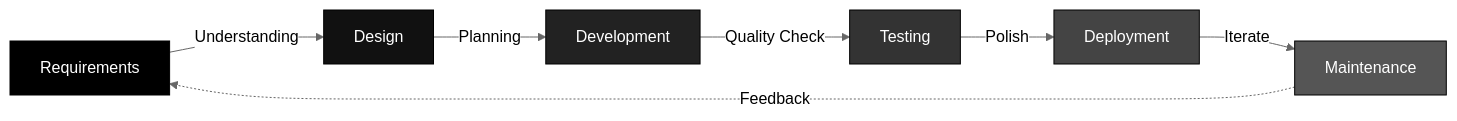
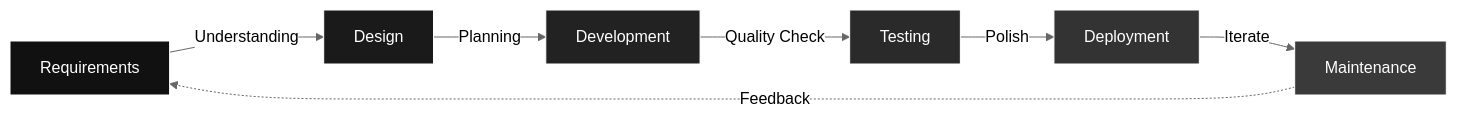
One commit to Thedarik/Thedarik changed the diagram in README.md. Above: the diagram before and after it, drawn with Mermaid (neutral theme). The commit also changed other lines of this file and 4 other files, not shown here.

````diff
--- a/README.md
+++ b/README.md
@@ -253,16 +274,16 @@
 ```mermaid
 graph LR
     A[Requirements] -->|Understanding| B[Design]
     B -->|Planning| C[Development]
     C -->|Quality Check| D[Testing]
     D -->|Polish| E[Deployment]
     E -->|Iterate| F[Maintenance]
     F -.->|Feedback| A
 
-    style A fill:#000000,stroke:#000000,color:#FFFFFF
-    style B fill:#111111,stroke:#000000,color:#FFFFFF
-    style C fill:#222222,stroke:#000000,color:#FFFFFF
-    style D fill:#333333,stroke:#000000,color:#FFFFFF
-    style E fill:#444444,stroke:#000000,color:#FFFFFF
-    style F fill:#555555,stroke:#000000,color:#FFFFFF
+    style A fill:#111111,stroke:#FFFFFF,color:#FFFFFF
+    style B fill:#1a1a1a,stroke:#FFFFFF,color:#FFFFFF
+    style C fill:#222222,stroke:#FFFFFF,color:#FFFFFF
+    style D fill:#2a2a2a,stroke:#FFFFFF,color:#FFFFFF
+    style E fill:#333333,stroke:#FFFFFF,color:#FFFFFF
+    style F fill:#3a3a3a,stroke:#FFFFFF,color:#FFFFFF
 ```
````
